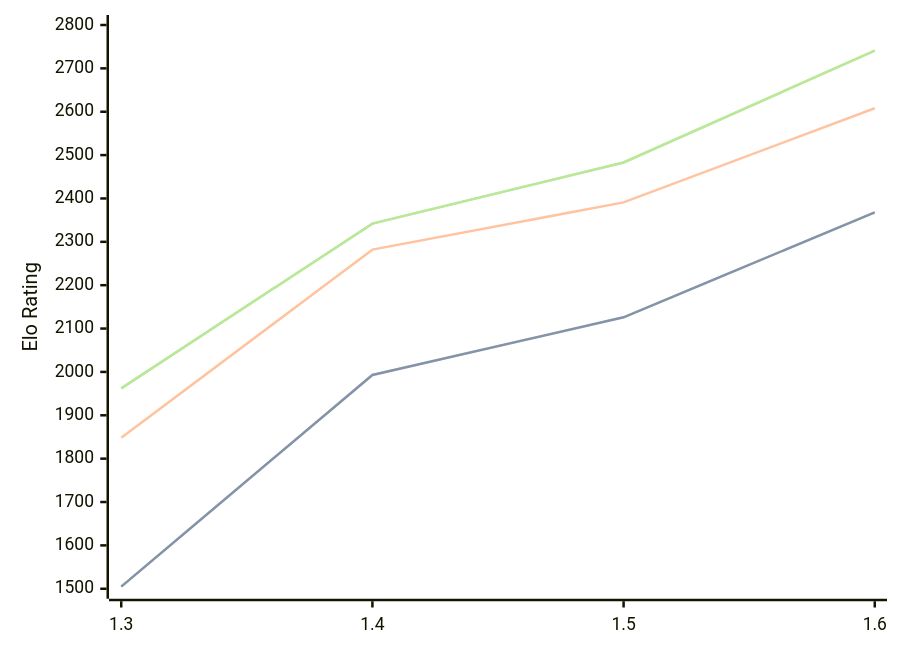
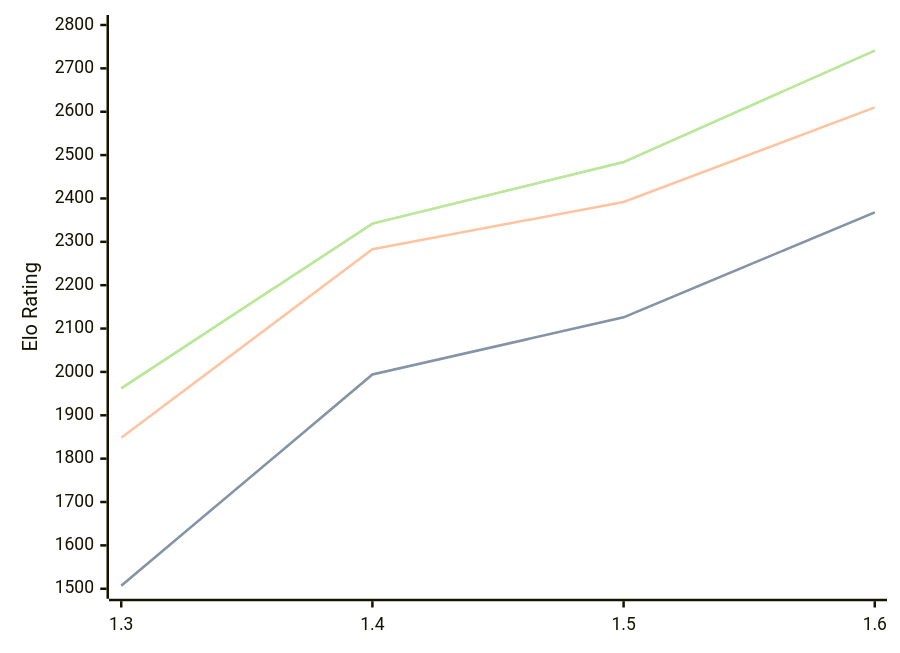
The first of 3 diagrams in engines/Facon.md (computer-chess-index/cci), drawn with Mermaid before and after one commit. The commit also changed other lines of this file, not shown here.

Commit message:
Update CCI Ratings (ELO VLTC) - 2026-07-08

````diff
--- a/engines/Facon.md
+++ b/engines/Facon.md
@@ -37,11 +37,11 @@
 ```mermaid
 %%{init: {"theme":"base","themeVariables":{"seriesColors:['#a3a3a3','#222221','#faa371']}}}%%
 xychart-beta
   x-axis ["1.3", "1.4", "1.5", "1.6"]
   y-axis "Elo Rating" 1500 --> 2800
-  line "STC (8.0+0.08s)" [1505, 1993, 2126, 2368]
-  line "STC (8.0+0.08s)" [1505, 1993, 2126, 2368]
-  line "LTC (60.0+0.60s)" [1848, 2282, 2391, 2608]
-  line "VLTC (2m24s+1.12s)" [1962, 2342, 2483, 2741]
-  line "VLTC (2m24s+1.12s)" [1962, 2342, 2483, 2741]
+  line "STC (8.0+0.08s)" [1507, 1994, 2126, 2368]
+  line "STC (8.0+0.08s)" [1507, 1994, 2126, 2368]
+  line "LTC (60.0+0.60s)" [1848, 2283, 2392, 2610]
+  line "VLTC (2m24s+1.12s)" [1962, 2342, 2484, 2741]
+  line "VLTC (2m24s+1.12s)" [1962, 2342, 2484, 2741]
 ```
````
